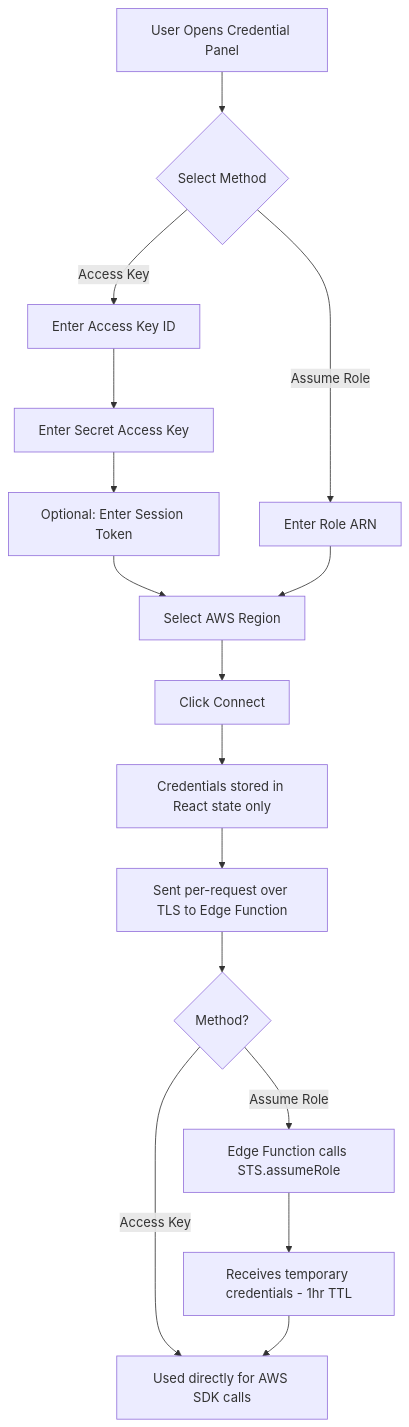
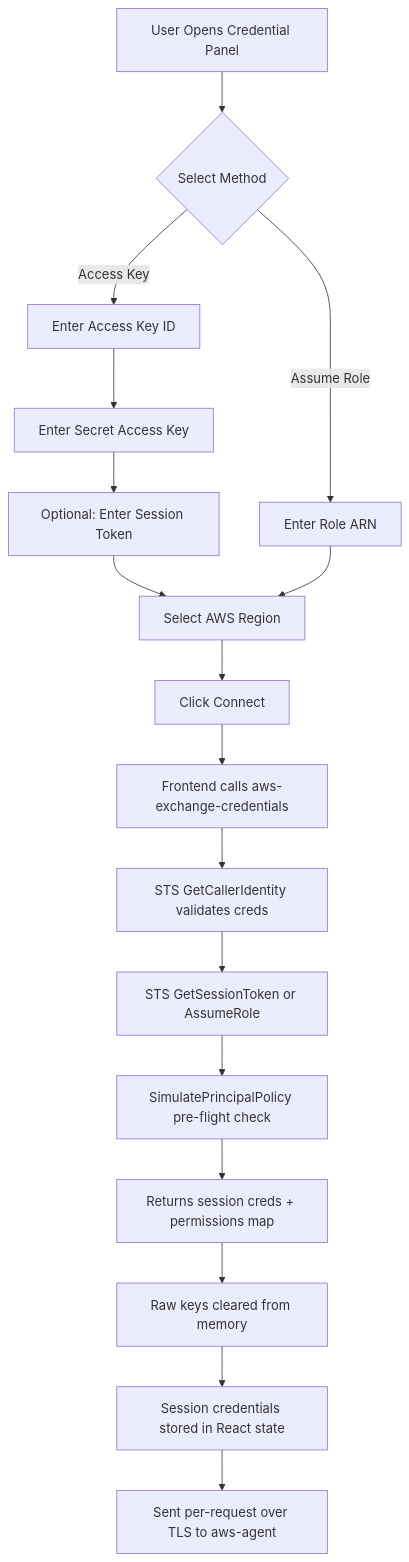
The third of 21 diagrams in TECHNICAL_DOCUMENTATION.md (ritvikindupuri/aws-ai-agent), drawn with Mermaid before and after one commit. The commit also changed other lines of this file, not shown here.

````diff
--- a/TECHNICAL_DOCUMENTATION.md
+++ b/TECHNICAL_DOCUMENTATION.md
@@ -284,18 +264,19 @@
 ```mermaid
 flowchart TD
     A[User Opens Credential Panel] --> B{Select Method}
     B -- "Access Key" --> C[Enter Access Key ID]
     C --> D[Enter Secret Access Key]
     D --> E[Optional: Enter Session Token]
     E --> F[Select AWS Region]
     B -- "Assume Role" --> G[Enter Role ARN]
     G --> F
     F --> H[Click Connect]
-    H --> I[Credentials stored in React state only]
-    I --> J[Sent per-request over TLS to Edge Function]
-    J --> K{Method?}
-    K -- "Access Key" --> L[Used directly for AWS SDK calls]
-    K -- "Assume Role" --> M[Edge Function calls STS.assumeRole]
-    M --> N[Receives temporary credentials - 1hr TTL]
-    N --> L
+    H --> I[Frontend calls aws-exchange-credentials]
+    I --> J[STS GetCallerIdentity validates creds]
+    J --> K[STS GetSessionToken or AssumeRole]
+    K --> L[SimulatePrincipalPolicy pre-flight check]
+    L --> M[Returns session creds + permissions map]
+    M --> N[Raw keys cleared from memory]
+    N --> O[Session credentials stored in React state]
+    O --> P[Sent per-request over TLS to aws-agent]
 ```
````
